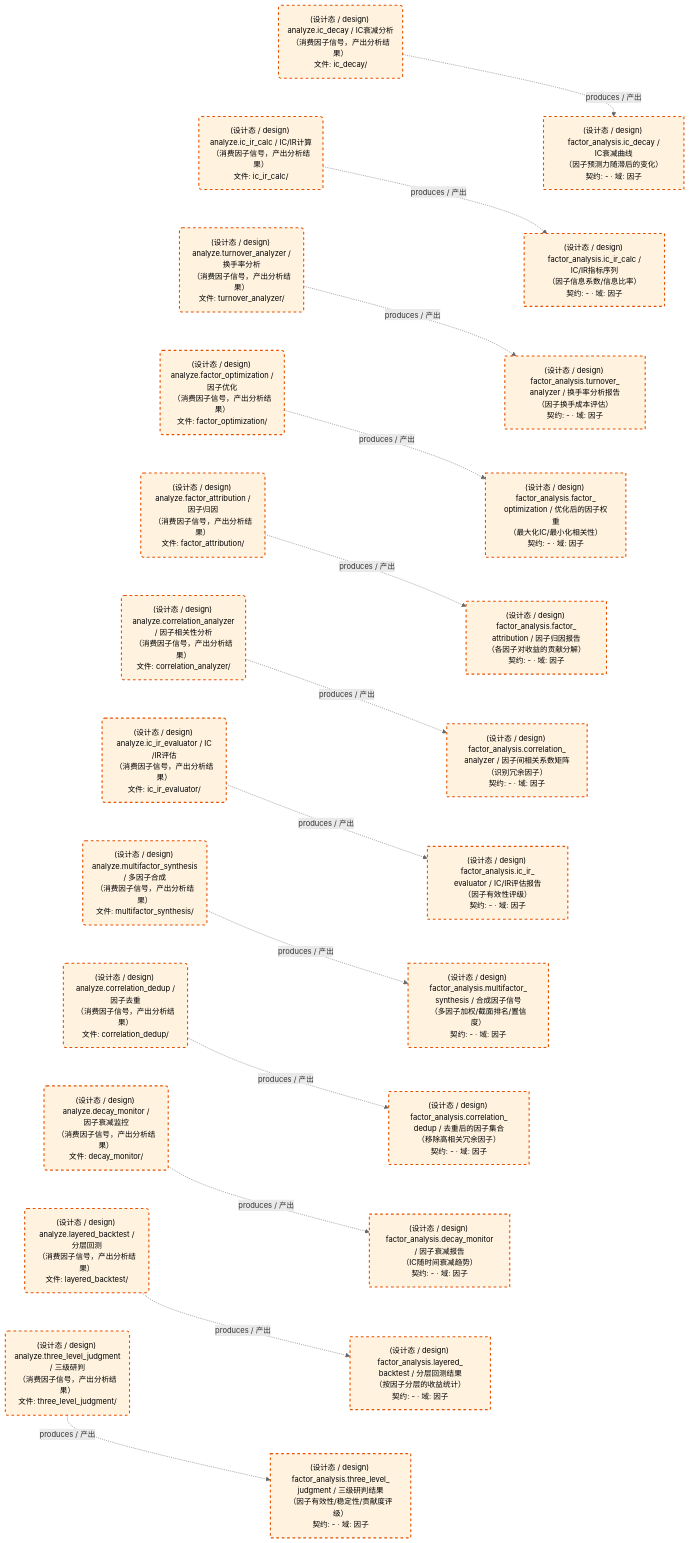
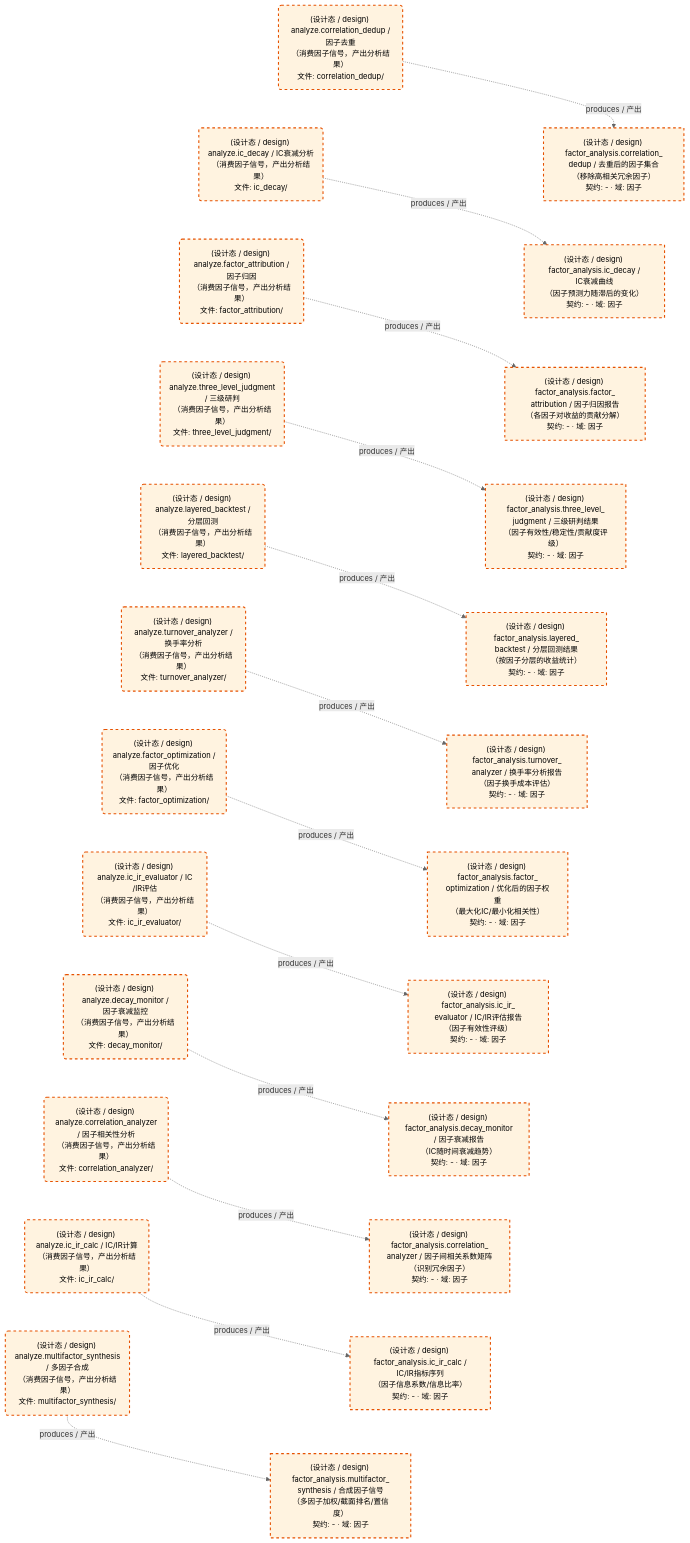
One commit to xuanFelixVan/ZephyrAlpha changed the second of 2 diagrams in docs/02_enterprise_architecture/05_dataflow_architecture/d_factor_analysis.md. Above: the diagram before and after it, drawn with Mermaid. The commit also changed other lines of this file and 13 other files, not shown here.

First line of the commit message:
feat(dataflow): dataflow_production.md → dataflow_panorama.md，运营态+设计态全景一张图看完

````diff
--- a/docs/02_enterprise_architecture/05_dataflow_architecture/d_factor_analysis.md
+++ b/docs/02_enterprise_architecture/05_dataflow_architecture/d_factor_analysis.md
@@ -125,67 +125,67 @@
 ```mermaid
 %%{init: {'theme': 'base', 'themeVariables': {'primaryColor': '#eaeaea', 'primaryTextColor': '#333333', 'primaryBorderColor': '#666666', 'lineColor': '#666666', 'secondaryColor': '#eaeaea', 'tertiaryColor': '#eaeaea', 'clusterBkg': 'transparent', 'clusterBorder': 'transparent', 'fontSize': '14px'}}}%%
 flowchart TD
     DS11227["(设计态 / design) factor_analysis.correlation_<br/>analyzer / 因子间相关系数矩阵<br/>（识别冗余因子）<br/>契约: - · 域: 因子"]
     DS11228["(设计态 / design) factor_analysis.correlation_<br/>dedup / 去重后的因子集合<br/>（移除高相关冗余因子）<br/>契约: - · 域: 因子"]
     DS11229["(设计态 / design) factor_analysis.decay_monitor<br/>/ 因子衰减报告<br/>（IC随时间衰减趋势）<br/>契约: - · 域: 因子"]
     DS11230["(设计态 / design) factor_analysis.factor_<br/>attribution / 因子归因报告<br/>（各因子对收益的贡献分解）<br/>契约: - · 域: 因子"]
     DS11231["(设计态 / design) factor_analysis.factor_<br/>optimization / 优化后的因子权重<br/>（最大化IC/最小化相关性）<br/>契约: - · 域: 因子"]
     DS11232["(设计态 / design) factor_analysis.ic_decay /<br/>IC衰减曲线<br/>（因子预测力随滞后的变化）<br/>契约: - · 域: 因子"]
     DS11233["(设计态 / design) factor_analysis.ic_ir_calc /<br/>IC/IR指标序列<br/>（因子信息系数/信息比率）<br/>契约: - · 域: 因子"]
     DS11234["(设计态 / design) factor_analysis.ic_ir_<br/>evaluator / IC/IR评估报告<br/>（因子有效性评级）<br/>契约: - · 域: 因子"]
     DS11235["(设计态 / design) factor_analysis.layered_<br/>backtest / 分层回测结果<br/>（按因子分层的收益统计）<br/>契约: - · 域: 因子"]
     DS11236["(设计态 / design) factor_analysis.multifactor_<br/>synthesis / 合成因子信号<br/>（多因子加权/截面排名/置信度）<br/>契约: - · 域: 因子"]
     DS11237["(设计态 / design) factor_analysis.three_level_<br/>judgment / 三级研判结果<br/>（因子有效性/稳定性/贡献度评级）<br/>契约: - · 域: 因子"]
     DS11238["(设计态 / design) factor_analysis.turnover_<br/>analyzer / 换手率分析报告<br/>（因子换手成本评估）<br/>契约: - · 域: 因子"]
     JOB757591("(设计态 / design) analyze.correlation_analyzer<br/>/ 因子相关性分析<br/>（消费因子信号，产出分析结果）<br/>文件: correlation_analyzer/")
     JOB757592("(设计态 / design) analyze.correlation_dedup /<br/>因子去重<br/>（消费因子信号，产出分析结果）<br/>文件: correlation_dedup/")
     JOB757593("(设计态 / design) analyze.decay_monitor /<br/>因子衰减监控<br/>（消费因子信号，产出分析结果）<br/>文件: decay_monitor/")
     JOB757594("(设计态 / design) analyze.factor_attribution /<br/>因子归因<br/>（消费因子信号，产出分析结果）<br/>文件: factor_attribution/")
     JOB757595("(设计态 / design) analyze.factor_optimization /<br/>因子优化<br/>（消费因子信号，产出分析结果）<br/>文件: factor_optimization/")
     JOB757596("(设计态 / design) analyze.ic_decay / IC衰减分析<br/>（消费因子信号，产出分析结果）<br/>文件: ic_decay/")
     JOB757597("(设计态 / design) analyze.ic_ir_calc / IC/IR计算<br/>（消费因子信号，产出分析结果）<br/>文件: ic_ir_calc/")
     JOB757598("(设计态 / design) analyze.ic_ir_evaluator / IC<br/>/IR评估<br/>（消费因子信号，产出分析结果）<br/>文件: ic_ir_evaluator/")
     JOB757599("(设计态 / design) analyze.layered_backtest /<br/>分层回测<br/>（消费因子信号，产出分析结果）<br/>文件: layered_backtest/")
     JOB757600("(设计态 / design) analyze.multifactor_synthesis<br/>/ 多因子合成<br/>（消费因子信号，产出分析结果）<br/>文件: multifactor_synthesis/")
     JOB757601("(设计态 / design) analyze.three_level_judgment<br/>/ 三级研判<br/>（消费因子信号，产出分析结果）<br/>文件: three_level_judgment/")
     JOB757602("(设计态 / design) analyze.turnover_analyzer /<br/>换手率分析<br/>（消费因子信号，产出分析结果）<br/>文件: turnover_analyzer/")
     JOB757591 -.->|produces / 产出| DS11227
     JOB757592 -.->|produces / 产出| DS11228
     JOB757593 -.->|produces / 产出| DS11229
     JOB757594 -.->|produces / 产出| DS11230
     JOB757595 -.->|produces / 产出| DS11231
     JOB757596 -.->|produces / 产出| DS11232
     JOB757597 -.->|produces / 产出| DS11233
     JOB757598 -.->|produces / 产出| DS11234
     JOB757599 -.->|produces / 产出| DS11235
     JOB757600 -.->|produces / 产出| DS11236
     JOB757601 -.->|produces / 产出| DS11237
     JOB757602 -.->|produces / 产出| DS11238
-    JOB757596 ~~~ JOB757597
-    JOB757597 ~~~ JOB757602
+    JOB757592 ~~~ JOB757596
+    JOB757596 ~~~ JOB757594
+    JOB757594 ~~~ JOB757601
+    JOB757601 ~~~ JOB757599
+    JOB757599 ~~~ JOB757602
     JOB757602 ~~~ JOB757595
-    JOB757595 ~~~ JOB757594
-    JOB757594 ~~~ JOB757591
-    JOB757591 ~~~ JOB757598
-    JOB757598 ~~~ JOB757600
-    JOB757600 ~~~ JOB757592
-    JOB757592 ~~~ JOB757593
-    JOB757593 ~~~ JOB757599
-    JOB757599 ~~~ JOB757601
-    DS11232 ~~~ DS11233
-    DS11233 ~~~ DS11238
+    JOB757595 ~~~ JOB757598
+    JOB757598 ~~~ JOB757593
+    JOB757593 ~~~ JOB757591
+    JOB757591 ~~~ JOB757597
+    JOB757597 ~~~ JOB757600
+    DS11228 ~~~ DS11232
+    DS11232 ~~~ DS11230
+    DS11230 ~~~ DS11237
+    DS11237 ~~~ DS11235
+    DS11235 ~~~ DS11238
     DS11238 ~~~ DS11231
-    DS11231 ~~~ DS11230
-    DS11230 ~~~ DS11227
-    DS11227 ~~~ DS11234
-    DS11234 ~~~ DS11236
-    DS11236 ~~~ DS11228
-    DS11228 ~~~ DS11229
-    DS11229 ~~~ DS11235
-    DS11235 ~~~ DS11237
+    DS11231 ~~~ DS11234
+    DS11234 ~~~ DS11229
+    DS11229 ~~~ DS11227
+    DS11227 ~~~ DS11233
+    DS11233 ~~~ DS11236
     classDef production fill:#e1f5fe,stroke:#01579b,stroke-width:2px,color:#000
     classDef design fill:#fff3e0,stroke:#e65100,stroke-width:2px,color:#000,stroke-dasharray: 5 5
     classDef external_prod fill:#e8f4fd,stroke:#0277bd,stroke-width:1px,color:#000
     classDef external_design fill:#fff8e7,stroke:#ef6c00,stroke-width:1px,color:#000,stroke-dasharray: 5 5
     class DS11227,DS11228,DS11229,DS11230,DS11231,DS11232,DS11233,DS11234,DS11235,DS11236,DS11237,DS11238,JOB757591,JOB757592,JOB757593,JOB757594,JOB757595,JOB757596,JOB757597,JOB757598,JOB757599,JOB757600,JOB757601,JOB757602 design
 ```
````
